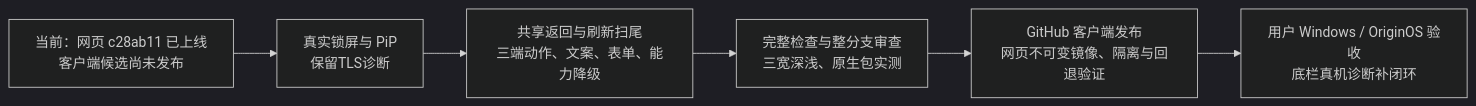
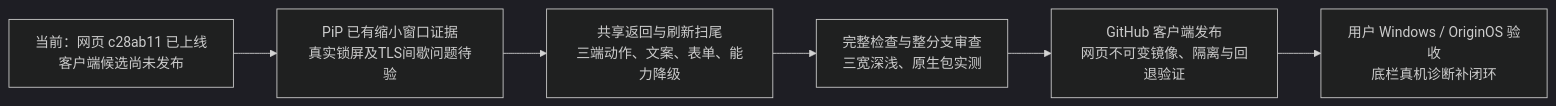
One commit to XYL333FYQ/TongMuTVPlus changed the second of 2 diagrams in docs/design/CLIENT-EXPERIENCE-VERIFIED.md. Above: the diagram before and after it, drawn with Mermaid (dark theme). The commit also changed other lines of this file and 17 other files, not shown here.

````diff
--- a/docs/design/CLIENT-EXPERIENCE-VERIFIED.md
+++ b/docs/design/CLIENT-EXPERIENCE-VERIFIED.md
@@ -38,8 +38,8 @@
 ```mermaid
 flowchart LR
-    A[当前：网页 c28ab11 已上线<br/>客户端候选尚未发布] --> B[真实锁屏与 PiP<br/>保留TLS诊断]
+    A[当前：网页 c28ab11 已上线<br/>客户端候选尚未发布] --> B[PiP 已有缩小窗口证据<br/>真实锁屏及TLS间歇问题待验]
     B --> C[共享返回与刷新扫尾<br/>三端动作、文案、表单、能力降级]
     C --> D[完整检查与整分支审查<br/>三宽深浅、原生包实测]
     D --> E[GitHub 客户端发布<br/>网页不可变镜像、隔离与回退验证]
     E --> F[用户 Windows / OriginOS 验收<br/>底栏真机诊断补闭环]
 ```
````
